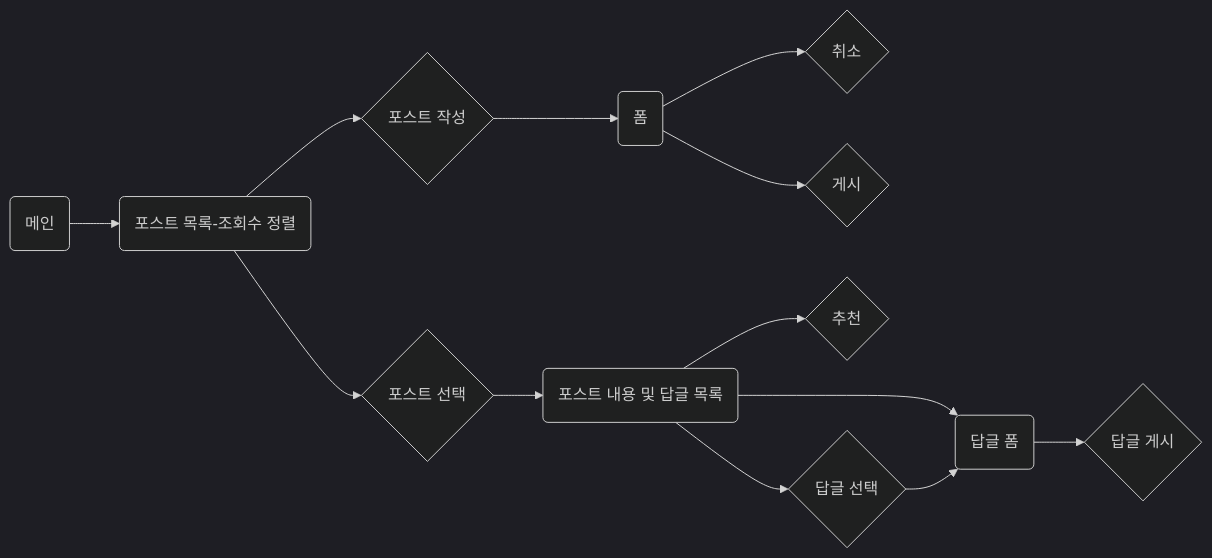
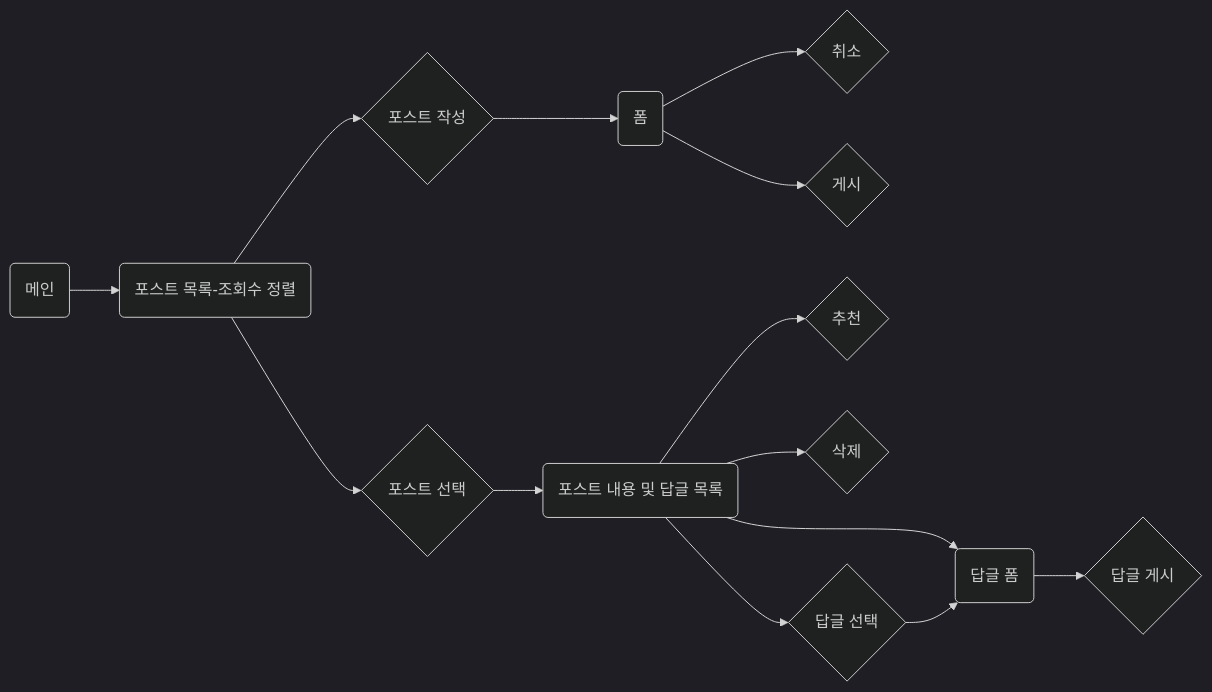
Before and after one commit to bynnoh/cp-thread: the diagram in README.md, drawn with Mermaid (dark theme). The commit also changed other lines of this file, not shown here.

````diff
--- a/README.md
+++ b/README.md
@@ -3,8 +3,8 @@
 ```mermaid
   flowchart LR;
       st(메인)-->id1(포스트 목록-조회수 정렬)-->id2-1{포스트 작성}-->id3(폼);
       id3(폼)-->id4-1{취소}; id3(폼)-->id4-2{게시};
       id1-->id2-2{포스트 선택}-->id5(포스트 내용 및 답글 목록)-->id6(답글 폼)-->id7{답글 게시};
-      id5-->id6-2{추천};
+      id5-->id6-2{추천}; id5-->id6-3{삭제}
       id5-->id5-2{답글 선택}-->id6;
 ```
````
